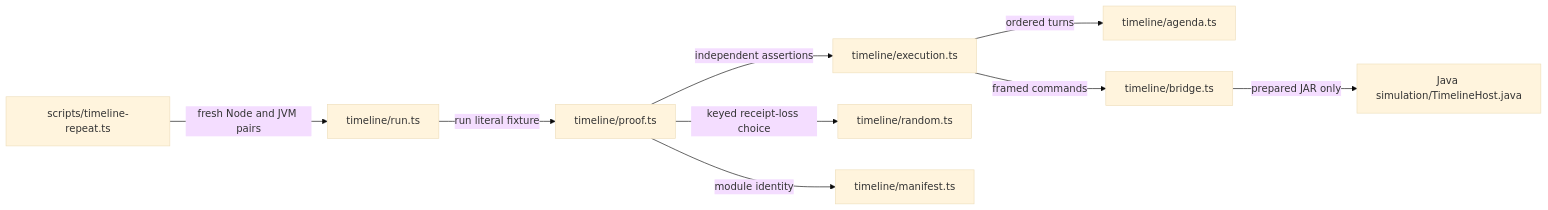
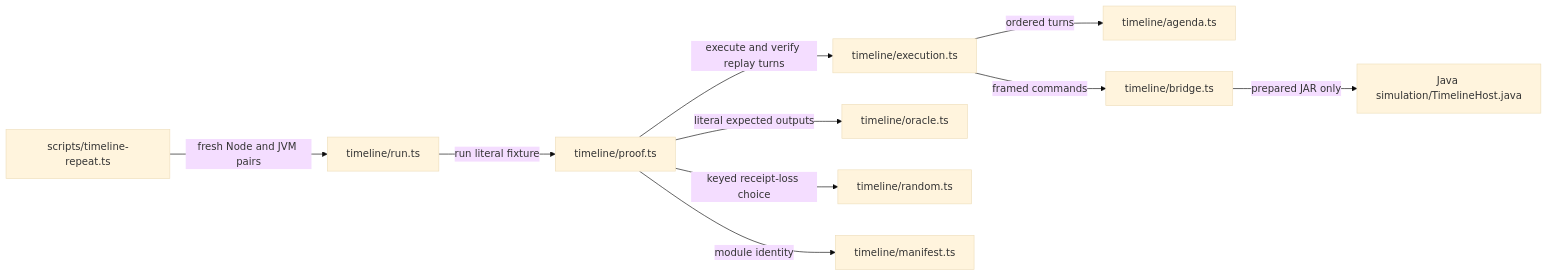
One commit to sproates/zooglass changed diagram 11 of 11 in workbench/docs/source-map.md. Above: the diagram before and after it, drawn with Mermaid (base theme). The commit also changed other lines of this file and 13 other files, not shown here.

Commit message:
Strengthen timeline proof oracles and turn ownership

````diff
--- a/workbench/docs/source-map.md
+++ b/workbench/docs/source-map.md
@@ -441,11 +441,12 @@
 ```mermaid
 flowchart LR
   cli["timeline/run.ts"] -->|run literal fixture| proof["timeline/proof.ts"]
-  proof -->|independent assertions| execution["timeline/execution.ts"]
+  proof -->|execute and verify replay turns| execution["timeline/execution.ts"]
+  proof -->|literal expected outputs| oracle["timeline/oracle.ts"]
   proof -->|keyed receipt-loss choice| random["timeline/random.ts"]
   proof -->|module identity| manifest["timeline/manifest.ts"]
   execution -->|ordered turns| agenda["timeline/agenda.ts"]
   execution -->|framed commands| bridge["timeline/bridge.ts"]
   bridge -->|prepared JAR only| host["Java simulation/TimelineHost.java"]
   repeat["scripts/timeline-repeat.ts"] -->|fresh Node and JVM pairs| cli
 ```
````
